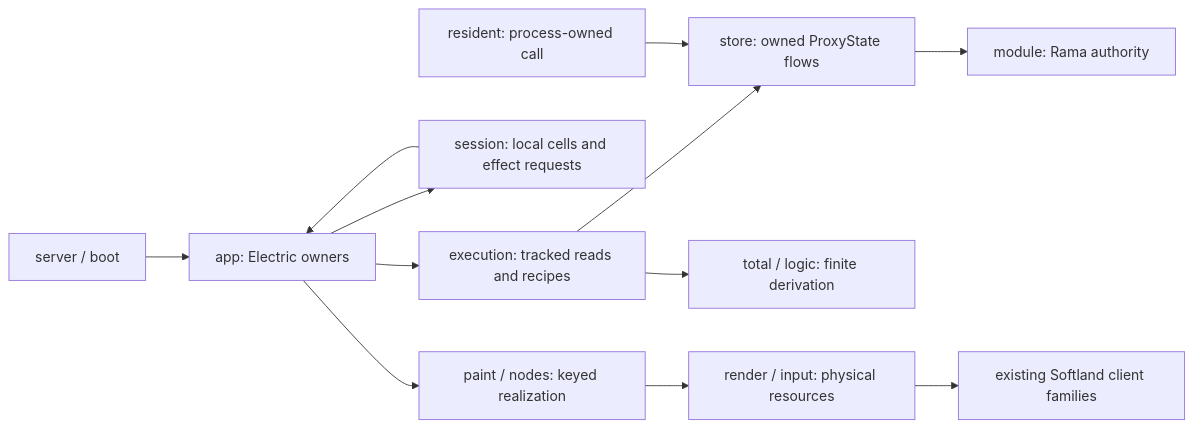
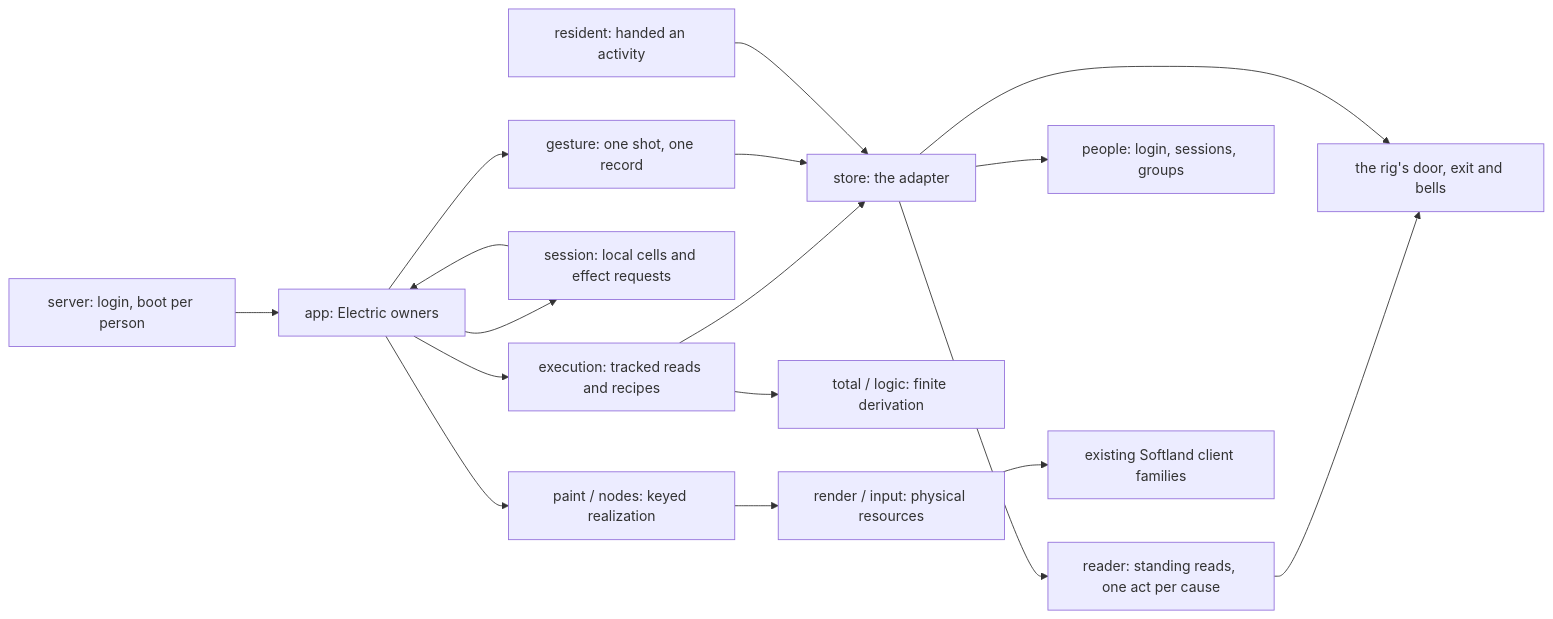
The diagram in src-inland/softland/inland/README.md (sid597/Softland), drawn with Mermaid before and after one commit. The commit also changed other lines of this file and 27 other files, not shown here.

````diff
--- a/src-inland/softland/inland/README.md
+++ b/src-inland/softland/inland/README.md
@@ -11,14 +15,19 @@
 ```mermaid
 flowchart LR
-  Server[server / boot] --> App[app: Electric owners]
+  Server[server: login, boot per person] --> App[app: Electric owners]
   App --> Execution[execution: tracked reads and recipes]
-  Execution --> Store[store: owned ProxyState flows]
-  Store --> Module[module: Rama authority]
+  App --> Gesture[gesture: one shot, one record]
+  Execution --> Store[store: the adapter]
+  Gesture --> Store
+  Store --> Reader[reader: standing reads, one act per cause]
+  Store --> People[people: login, sessions, groups]
+  Reader --> Rig[the rig's door, exit and bells]
+  Store --> Rig
   Execution --> Pure[total / logic: finite derivation]
   App --> Session[session: local cells and effect requests]
   Session --> App
   App --> Paint[paint / nodes: keyed realization]
   Paint --> Render[render / input: physical resources]
   Render --> Client[existing Softland client families]
-  Resident[resident: process-owned call] --> Store
+  Resident[resident: handed an activity] --> Store
 ```
````
